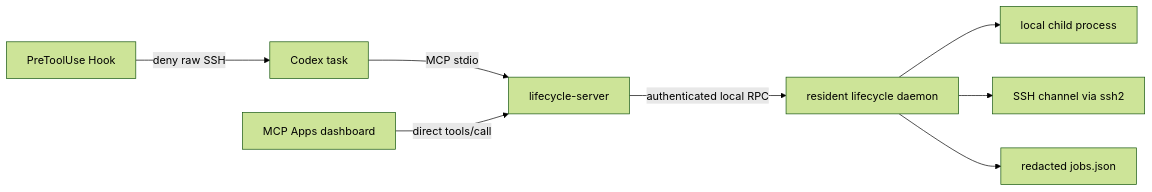
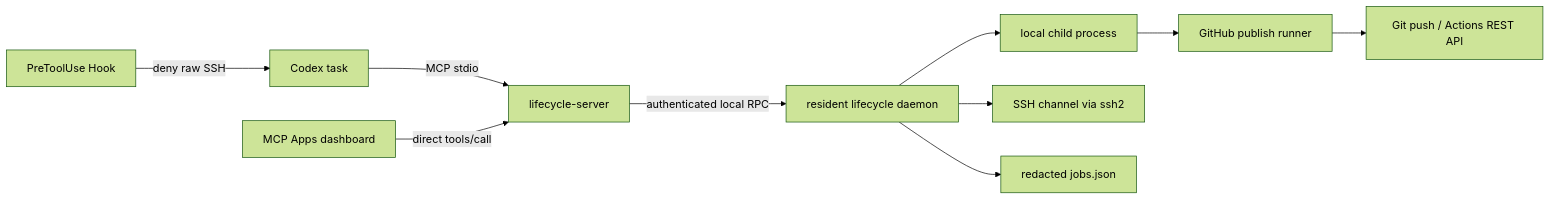
Before and after one commit to Liyuchen0118/RunBeacon: the first of 3 diagrams in docs/REMOTE_JOB_MONITOR_ARCHITECTURE.md, drawn with Mermaid (forest theme). The commit also changed other lines of this file and 15 other files, not shown here.

````diff
--- a/docs/REMOTE_JOB_MONITOR_ARCHITECTURE.md
+++ b/docs/REMOTE_JOB_MONITOR_ARCHITECTURE.md
@@ -9,10 +9,12 @@
 ```mermaid
 flowchart LR
   Codex["Codex task"] -->|"MCP stdio"| Shim["lifecycle-server"]
   Shim -->|"authenticated local RPC"| Daemon["resident lifecycle daemon"]
   Daemon --> Local["local child process"]
   Daemon --> SSH["SSH channel via ssh2"]
+  Local --> GitRunner["GitHub publish runner"]
+  GitRunner --> GitHub["Git push / Actions REST API"]
   Dashboard["MCP Apps dashboard"] -->|"direct tools/call"| Shim
   Hook["PreToolUse Hook"] -->|"deny raw SSH"| Codex
   Daemon --> Store["redacted jobs.json"]
 ```
````
